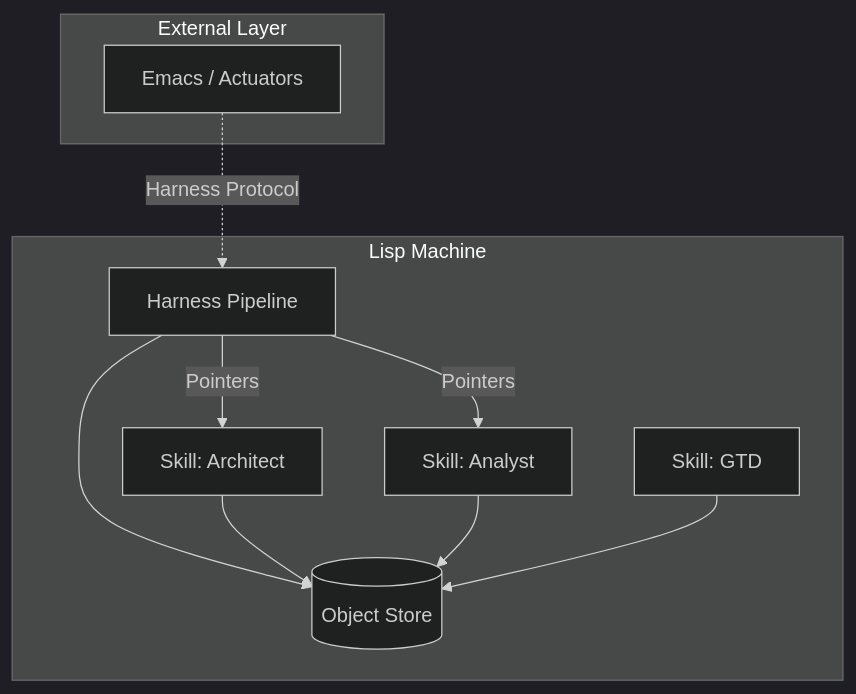
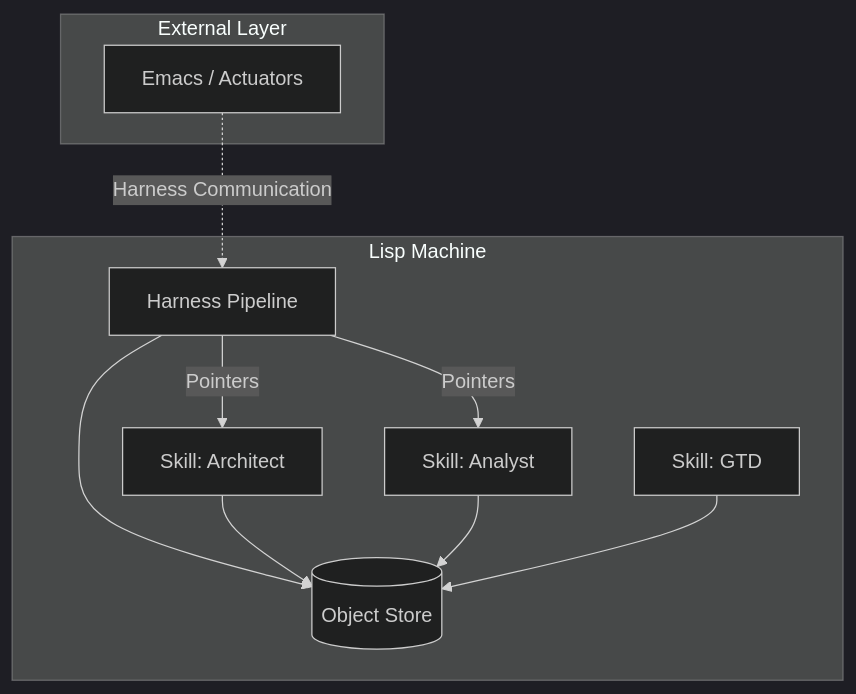
The diagram in literate/object-store.org (amrgharbeia/opencortex), drawn with Mermaid (dark theme) before and after one commit. The commit also changed 83 other files, not shown here.

Commit message:
ALIGN: Rename Protocol to Communication and unify terminology

```diff
--- a/literate/object-store.org
+++ b/literate/object-store.org
@@ -16,14 +16,14 @@
 #+begin_src mermaid
 flowchart TD
     subgraph LispMachine[Lisp Machine]
         H[Harness Pipeline] --> OS[(Object Store)]
         S1[Skill: Architect] --> OS
         S2[Skill: Analyst] --> OS
         S3[Skill: GTD] --> OS
         H -- Pointers --> S1
         H -- Pointers --> S2
     end
     subgraph IPCSlow[External Layer]
-        E[Emacs / Actuators] -. Harness Protocol .-> H
+        E[Emacs / Actuators] -. Harness Communication .-> H
     end
 #+end_src
```
